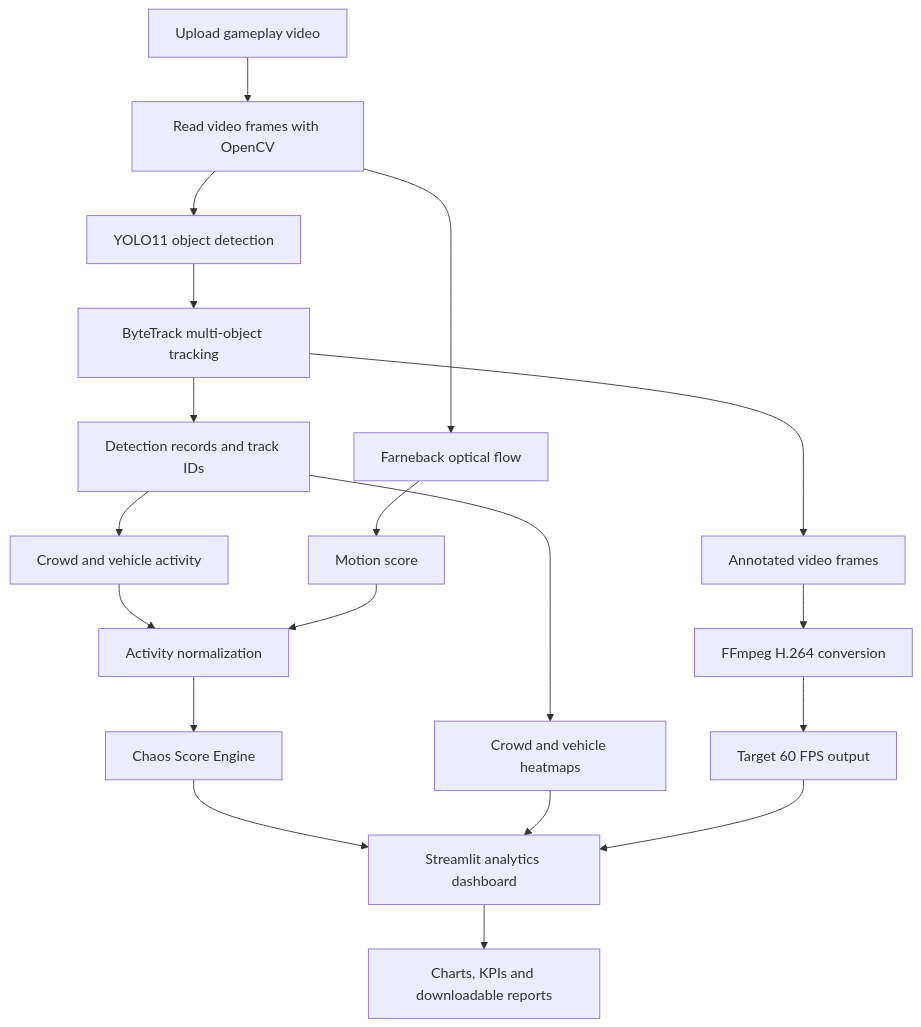
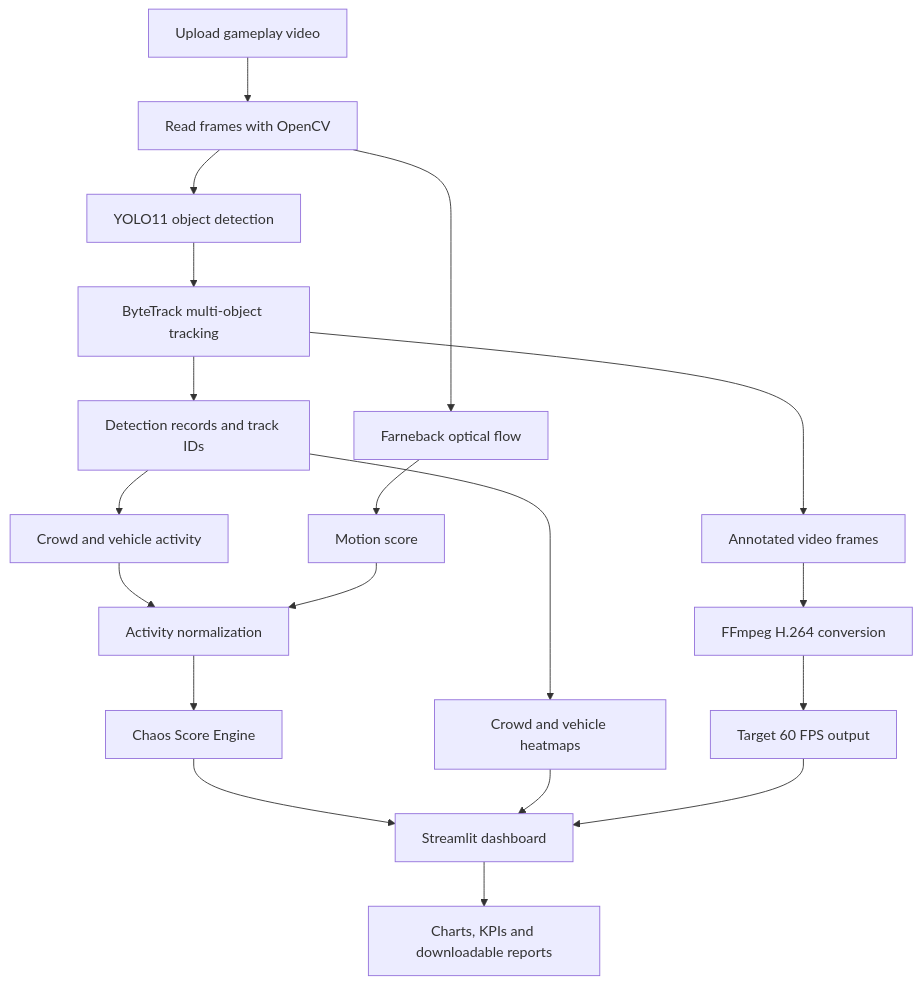
The diagram in README.md (srabon-d-costa/GTA6-Chaos-Intelligent), drawn with Mermaid before and after one commit. The commit also changed other lines of this file, not shown here.

````diff
--- a/README.md
+++ b/README.md
@@ -221,21 +94,21 @@
-``` mermaid
+```mermaid
 flowchart TD
-    A[Upload gameplay video] --> B[Read video frames with OpenCV]
+    A[Upload gameplay video] --> B[Read frames with OpenCV]
     B --> C[YOLO11 object detection]
     C --> D[ByteTrack multi-object tracking]
     D --> E[Detection records and track IDs]
     B --> F[Farneback optical flow]
     E --> G[Crowd and vehicle activity]
     F --> H[Motion score]
     G --> I[Activity normalization]
     H --> I
     I --> J[Chaos Score Engine]
     E --> K[Crowd and vehicle heatmaps]
     D --> L[Annotated video frames]
     L --> M[FFmpeg H.264 conversion]
     M --> N[Target 60 FPS output]
-    J --> O[Streamlit analytics dashboard]
+    J --> O[Streamlit dashboard]
     K --> O
     N --> O
     O --> P[Charts, KPIs and downloadable reports]
 ```
````
